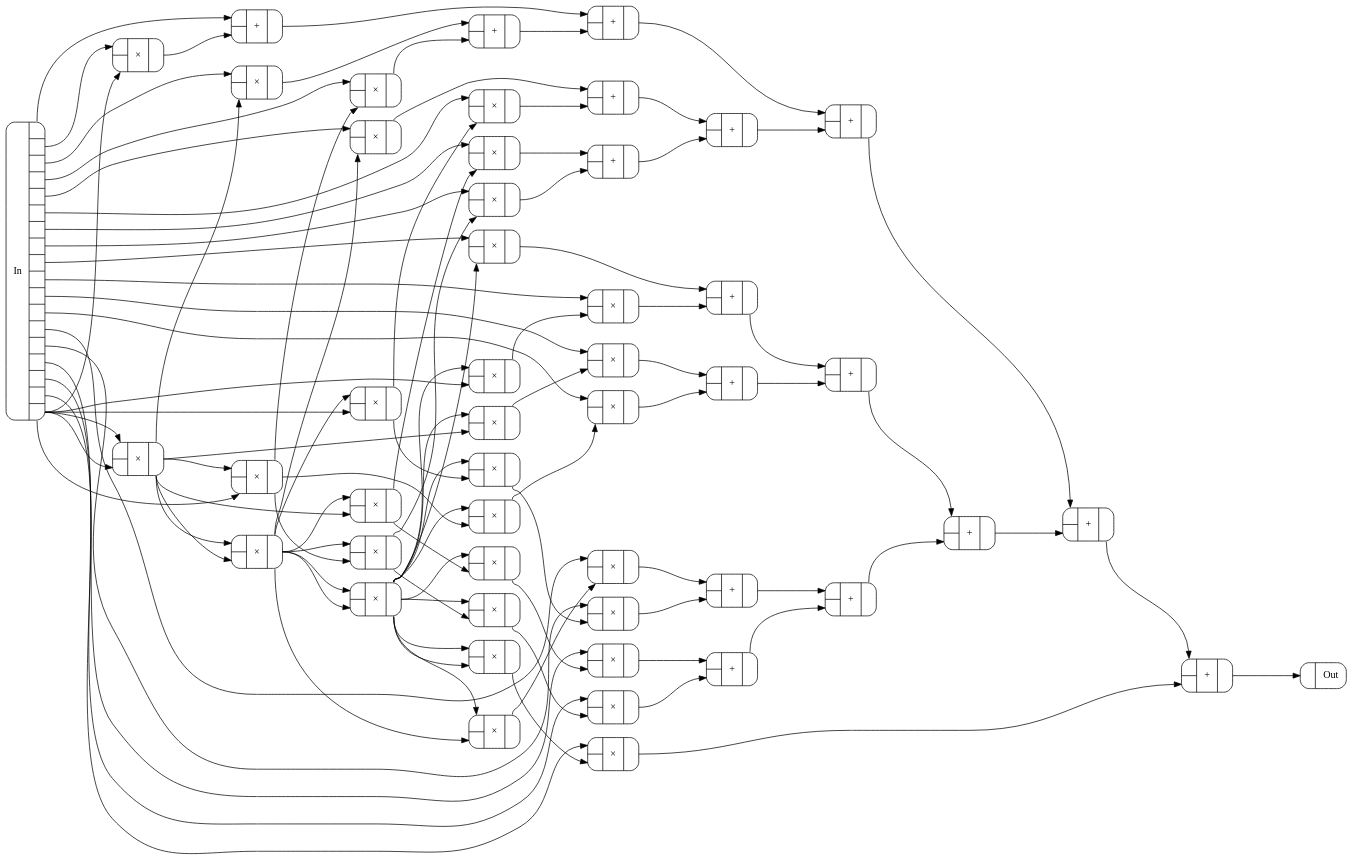
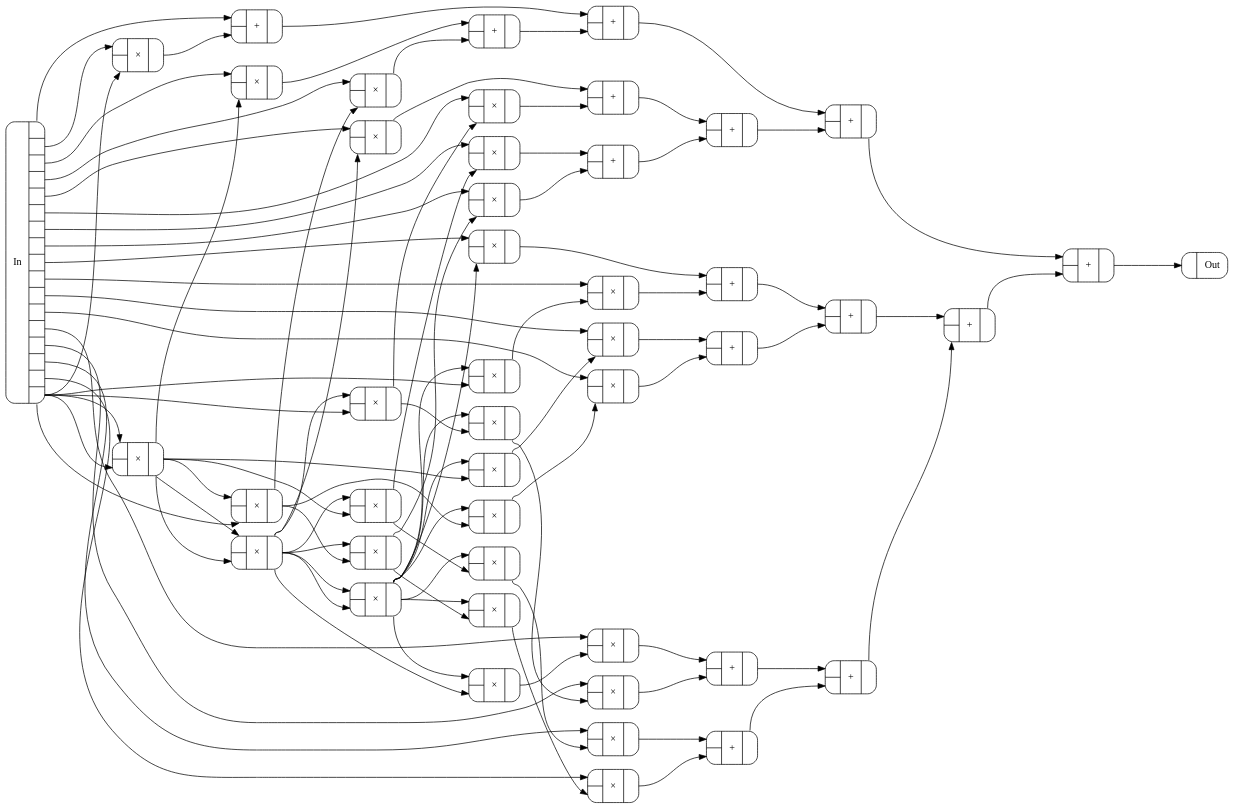
The diagram in Figures/circuits/evalPoly-rb4.dot (conal/talk-2016-generic-parallel-scan), drawn with Graphviz before and after one commit. The commit also changed 16 other files, not shown here.

```diff
--- a/Figures/circuits/evalPoly-rb4.dot
+++ b/Figures/circuits/evalPoly-rb4.dot
@@ -1,154 +1,145 @@
 digraph evalPoly_rb4 {
   margin=0;
   rankdir=LR;
   node [shape=Mrecord];
   bgcolor=transparent;
   nslimit=20;
   ranksep="1.3";
   c0 [label="{{<In0>|<In1>}|+|{<Out0>}}"];
   c1 [label="{{<In0>|<In1>}|+|{<Out0>}}"];
   c2 [label="{{<In0>|<In1>}|+|{<Out0>}}"];
   c3 [label="{{<In0>|<In1>}|+|{<Out0>}}"];
   c4 [label="{{<In0>|<In1>}|+|{<Out0>}}"];
   c5 [label="{{<In0>|<In1>}|+|{<Out0>}}"];
   c6 [label="{{<In0>|<In1>}|+|{<Out0>}}"];
   c7 [label="{{<In0>|<In1>}|+|{<Out0>}}"];
   c8 [label="{{<In0>|<In1>}|+|{<Out0>}}"];
   c9 [label="{{<In0>|<In1>}|+|{<Out0>}}"];
   c10 [label="{{<In0>|<In1>}|+|{<Out0>}}"];
   c11 [label="{{<In0>|<In1>}|+|{<Out0>}}"];
   c12 [label="{{<In0>|<In1>}|+|{<Out0>}}"];
   c13 [label="{{<In0>|<In1>}|+|{<Out0>}}"];
   c14 [label="{{<In0>|<In1>}|+|{<Out0>}}"];
-  c15 [label="{{<In0>|<In1>}|+|{<Out0>}}"];
-  c17 [label="{In|{<Out0>|<Out1>|<Out2>|<Out3>|<Out4>|<Out5>|<Out6>|<Out7>|<Out8>|<Out9>|<Out10>|<Out11>|<Out12>|<Out13>|<Out14>|<Out15>|<Out16>|<Out17>}}"];
-  c18 [label="{{<In0>}|Out}"];
+  c16 [label="{In|{<Out0>|<Out1>|<Out2>|<Out3>|<Out4>|<Out5>|<Out6>|<Out7>|<Out8>|<Out9>|<Out10>|<Out11>|<Out12>|<Out13>|<Out14>|<Out15>|<Out16>}}"];
+  c17 [label="{{<In0>}|Out}"];
+  c18 [label="{{<In0>|<In1>}|\×|{<Out0>}}"];
   c19 [label="{{<In0>|<In1>}|\×|{<Out0>}}"];
   c20 [label="{{<In0>|<In1>}|\×|{<Out0>}}"];
   c21 [label="{{<In0>|<In1>}|\×|{<Out0>}}"];
   c22 [label="{{<In0>|<In1>}|\×|{<Out0>}}"];
   c23 [label="{{<In0>|<In1>}|\×|{<Out0>}}"];
   c24 [label="{{<In0>|<In1>}|\×|{<Out0>}}"];
   c25 [label="{{<In0>|<In1>}|\×|{<Out0>}}"];
   c26 [label="{{<In0>|<In1>}|\×|{<Out0>}}"];
   c27 [label="{{<In0>|<In1>}|\×|{<Out0>}}"];
   c28 [label="{{<In0>|<In1>}|\×|{<Out0>}}"];
   c29 [label="{{<In0>|<In1>}|\×|{<Out0>}}"];
   c30 [label="{{<In0>|<In1>}|\×|{<Out0>}}"];
   c31 [label="{{<In0>|<In1>}|\×|{<Out0>}}"];
   c32 [label="{{<In0>|<In1>}|\×|{<Out0>}}"];
   c33 [label="{{<In0>|<In1>}|\×|{<Out0>}}"];
   c34 [label="{{<In0>|<In1>}|\×|{<Out0>}}"];
   c35 [label="{{<In0>|<In1>}|\×|{<Out0>}}"];
   c36 [label="{{<In0>|<In1>}|\×|{<Out0>}}"];
   c37 [label="{{<In0>|<In1>}|\×|{<Out0>}}"];
   c38 [label="{{<In0>|<In1>}|\×|{<Out0>}}"];
   c39 [label="{{<In0>|<In1>}|\×|{<Out0>}}"];
   c40 [label="{{<In0>|<In1>}|\×|{<Out0>}}"];
   c41 [label="{{<In0>|<In1>}|\×|{<Out0>}}"];
   c42 [label="{{<In0>|<In1>}|\×|{<Out0>}}"];
   c43 [label="{{<In0>|<In1>}|\×|{<Out0>}}"];
-  c44 [label="{{<In0>|<In1>}|\×|{<Out0>}}"];
   c45 [label="{{<In0>|<In1>}|\×|{<Out0>}}"];
   c46 [label="{{<In0>|<In1>}|\×|{<Out0>}}"];
   c47 [label="{{<In0>|<In1>}|\×|{<Out0>}}"];
-  c48 [label="{{<In0>|<In1>}|\×|{<Out0>}}"];
-  c49 [label="{{<In0>|<In1>}|\×|{<Out0>}}"];
-  c17:Out0 -> c0:In0 [];
-  c19:Out0 -> c0:In1 [];
-  c20:Out0 -> c1:In0 [];
-  c21:Out0 -> c1:In1 [];
-  c22:Out0 -> c2:In0 [];
-  c23:Out0 -> c2:In1 [];
-  c24:Out0 -> c3:In0 [];
-  c25:Out0 -> c3:In1 [];
-  c26:Out0 -> c4:In0 [];
-  c27:Out0 -> c4:In1 [];
-  c28:Out0 -> c5:In0 [];
-  c29:Out0 -> c5:In1 [];
-  c30:Out0 -> c6:In0 [];
-  c31:Out0 -> c6:In1 [];
-  c32:Out0 -> c7:In0 [];
-  c33:Out0 -> c7:In1 [];
+  c16:Out0 -> c0:In0 [];
+  c18:Out0 -> c0:In1 [];
+  c19:Out0 -> c1:In0 [];
+  c20:Out0 -> c1:In1 [];
+  c21:Out0 -> c2:In0 [];
+  c22:Out0 -> c2:In1 [];
+  c23:Out0 -> c3:In0 [];
+  c24:Out0 -> c3:In1 [];
+  c25:Out0 -> c4:In0 [];
+  c26:Out0 -> c4:In1 [];
+  c27:Out0 -> c5:In0 [];
+  c28:Out0 -> c5:In1 [];
+  c29:Out0 -> c6:In0 [];
+  c30:Out0 -> c6:In1 [];
+  c31:Out0 -> c7:In0 [];
+  c32:Out0 -> c7:In1 [];
   c0:Out0 -> c8:In0 [];
   c1:Out0 -> c8:In1 [];
   c8:Out0 -> c9:In0 [];
   c10:Out0 -> c9:In1 [];
   c2:Out0 -> c10:In0 [];
   c3:Out0 -> c10:In1 [];
   c9:Out0 -> c11:In0 [];
   c13:Out0 -> c11:In1 [];
   c4:Out0 -> c12:In0 [];
   c5:Out0 -> c12:In1 [];
   c12:Out0 -> c13:In0 [];
   c14:Out0 -> c13:In1 [];
   c6:Out0 -> c14:In0 [];
   c7:Out0 -> c14:In1 [];
-  c11:Out0 -> c15:In0 [];
-  c34:Out0 -> c15:In1 [];
-  c15:Out0 -> c18:In0 [];
-  c17:Out1 -> c19:In0 [];
-  c17:Out17 -> c19:In1 [];
-  c17:Out2 -> c20:In0 [];
-  c35:Out0 -> c20:In1 [];
-  c17:Out3 -> c21:In0 [];
-  c36:Out0 -> c21:In1 [];
-  c17:Out4 -> c22:In0 [];
-  c37:Out0 -> c22:In1 [];
-  c17:Out5 -> c23:In0 [];
-  c38:Out0 -> c23:In1 [];
-  c17:Out6 -> c24:In0 [];
+  c11:Out0 -> c17:In0 [];
+  c16:Out1 -> c18:In0 [];
+  c16:Out16 -> c18:In1 [];
+  c16:Out2 -> c19:In0 [];
+  c33:Out0 -> c19:In1 [];
+  c16:Out3 -> c20:In0 [];
+  c34:Out0 -> c20:In1 [];
+  c16:Out4 -> c21:In0 [];
+  c35:Out0 -> c21:In1 [];
+  c16:Out5 -> c22:In0 [];
+  c36:Out0 -> c22:In1 [];
+  c16:Out6 -> c23:In0 [];
+  c37:Out0 -> c23:In1 [];
+  c16:Out7 -> c24:In0 [];
   c39:Out0 -> c24:In1 [];
-  c17:Out7 -> c25:In0 [];
-  c41:Out0 -> c25:In1 [];
-  c17:Out8 -> c26:In0 [];
+  c16:Out8 -> c25:In0 [];
+  c38:Out0 -> c25:In1 [];
+  c16:Out9 -> c26:In0 [];
   c40:Out0 -> c26:In1 [];
-  c17:Out9 -> c27:In0 [];
-  c42:Out0 -> c27:In1 [];
-  c17:Out10 -> c28:In0 [];
+  c16:Out10 -> c27:In0 [];
+  c41:Out0 -> c27:In1 [];
+  c16:Out11 -> c28:In0 [];
   c43:Out0 -> c28:In1 [];
-  c17:Out11 -> c29:In0 [];
-  c45:Out0 -> c29:In1 [];
-  c17:Out12 -> c30:In0 [];
-  c44:Out0 -> c30:In1 [];
-  c17:Out13 -> c31:In0 [];
-  c47:Out0 -> c31:In1 [];
-  c17:Out14 -> c32:In0 [];
-  c48:Out0 -> c32:In1 [];
-  c17:Out15 -> c33:In0 [];
-  c49:Out0 -> c33:In1 [];
-  c17:Out16 -> c34:In0 [];
-  c46:Out0 -> c34:In1 [];
-  c17:Out17 -> c35:In0 [];
-  c17:Out17 -> c35:In1 [];
+  c16:Out12 -> c29:In0 [];
+  c42:Out0 -> c29:In1 [];
+  c16:Out13 -> c30:In0 [];
+  c45:Out0 -> c30:In1 [];
+  c16:Out14 -> c31:In0 [];
+  c46:Out0 -> c31:In1 [];
+  c16:Out15 -> c32:In0 [];
+  c47:Out0 -> c32:In1 [];
+  c16:Out16 -> c33:In0 [];
+  c16:Out16 -> c33:In1 [];
+  c33:Out0 -> c34:In0 [];
+  c16:Out16 -> c34:In1 [];
+  c33:Out0 -> c35:In0 [];
+  c33:Out0 -> c35:In1 [];
   c35:Out0 -> c36:In0 [];
-  c17:Out17 -> c36:In1 [];
+  c16:Out16 -> c36:In1 [];
   c35:Out0 -> c37:In0 [];
-  c35:Out0 -> c37:In1 [];
-  c37:Out0 -> c38:In0 [];
-  c17:Out17 -> c38:In1 [];
-  c37:Out0 -> c39:In0 [];
-  c35:Out0 -> c39:In1 [];
-  c37:Out0 -> c40:In0 [];
-  c37:Out0 -> c40:In1 [];
-  c37:Out0 -> c41:In0 [];
-  c36:Out0 -> c41:In1 [];
-  c40:Out0 -> c42:In0 [];
-  c17:Out17 -> c42:In1 [];
-  c40:Out0 -> c43:In0 [];
-  c35:Out0 -> c43:In1 [];
-  c40:Out0 -> c44:In0 [];
-  c37:Out0 -> c44:In1 [];
-  c40:Out0 -> c45:In0 [];
+  c33:Out0 -> c37:In1 [];
+  c35:Out0 -> c38:In0 [];
+  c35:Out0 -> c38:In1 [];
+  c35:Out0 -> c39:In0 [];
+  c34:Out0 -> c39:In1 [];
+  c38:Out0 -> c40:In0 [];
+  c16:Out16 -> c40:In1 [];
+  c38:Out0 -> c41:In0 [];
+  c33:Out0 -> c41:In1 [];
+  c38:Out0 -> c42:In0 [];
+  c35:Out0 -> c42:In1 [];
+  c38:Out0 -> c43:In0 [];
+  c34:Out0 -> c43:In1 [];
+  c38:Out0 -> c45:In0 [];
   c36:Out0 -> c45:In1 [];
-  c40:Out0 -> c46:In0 [];
-  c40:Out0 -> c46:In1 [];
-  c40:Out0 -> c47:In0 [];
-  c38:Out0 -> c47:In1 [];
-  c40:Out0 -> c48:In0 [];
-  c39:Out0 -> c48:In1 [];
-  c40:Out0 -> c49:In0 [];
-  c41:Out0 -> c49:In1 [];
+  c38:Out0 -> c46:In0 [];
+  c37:Out0 -> c46:In1 [];
+  c38:Out0 -> c47:In0 [];
+  c39:Out0 -> c47:In1 [];
 }
 
-// evalPoly-rb4 components: 16 +, 31 ×, 47 total. Max depth: 10.
+// evalPoly-rb4 components: 15 +, 29 ×, 44 total. Max depth: 9.
```
